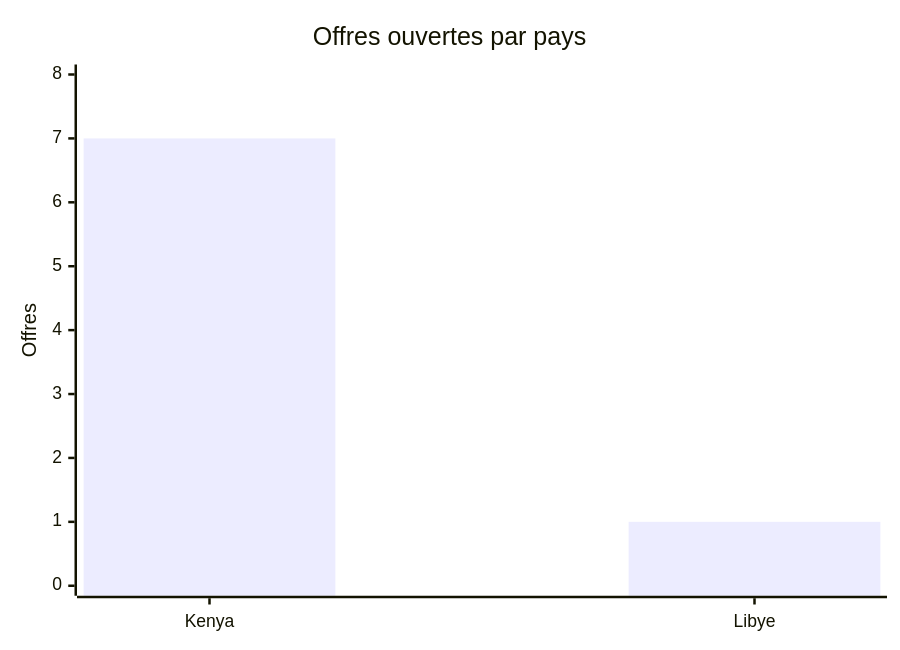
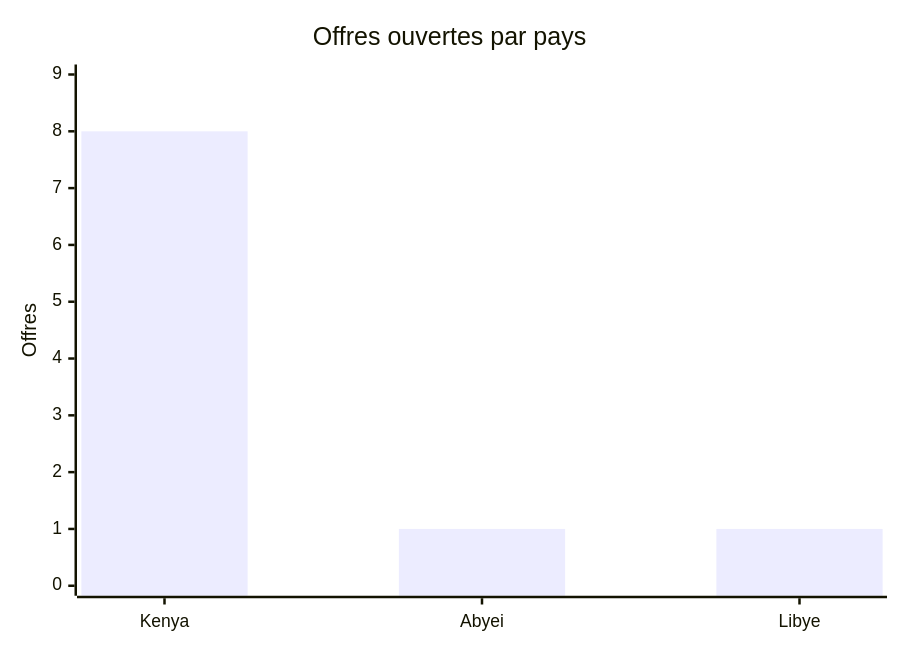
One commit to Abusooma/offres-tech-africa changed the first of 3 diagrams in README.md. Above: the diagram before and after it, drawn with Mermaid. The commit also changed other lines of this file and 2 other files, not shown here.

Commit message:
data: 2 nouvelles offres tech le 2026-11-25 (PNUE, United Nations Interim Security Force for Abyei- created under GA resolution 1990 (2011))

````diff
--- a/README.md
+++ b/README.md
@@ -58,7 +71,7 @@
 ```mermaid
 xychart-beta
     title "Offres ouvertes par pays"
-    x-axis ["Kenya", "Libye"]
-    y-axis "Offres" 0 --> 8
-    bar [7, 1]
+    x-axis ["Kenya", "Abyei", "Libye"]
+    y-axis "Offres" 0 --> 9
+    bar [8, 1, 1]
 ```
````
